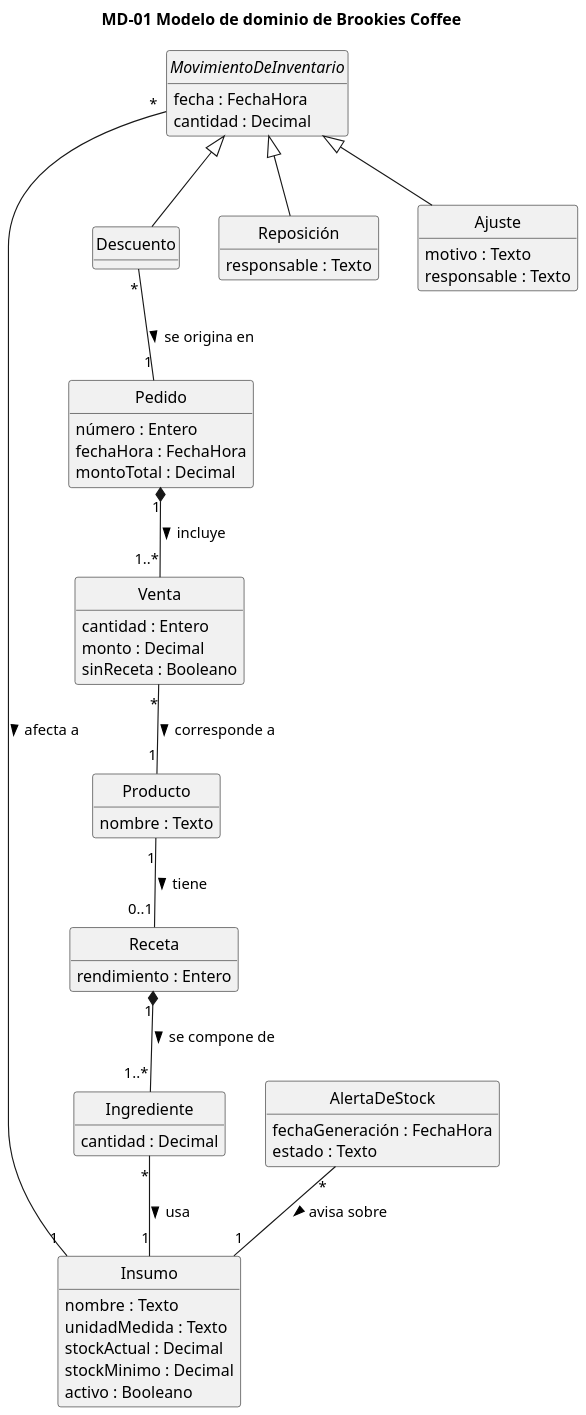
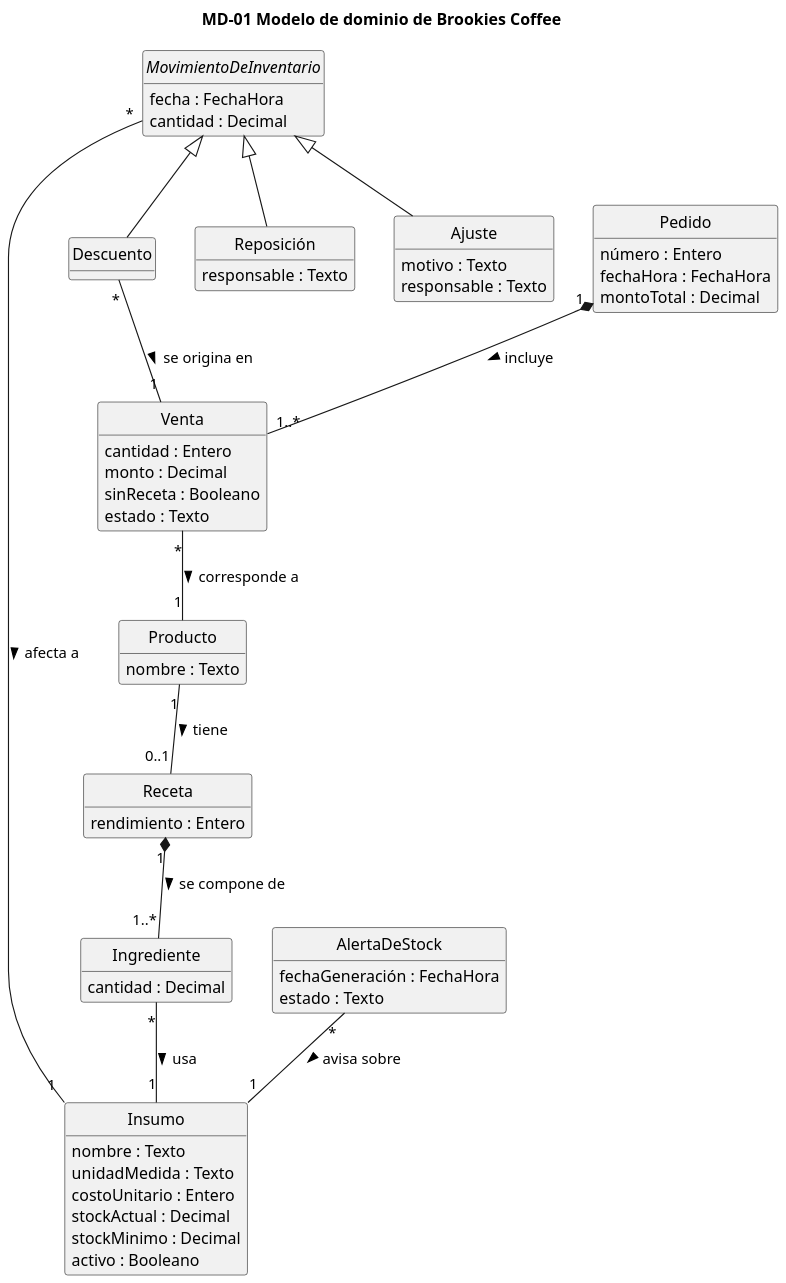
One commit to lambtto/Gestor-Inventario-Brookie changed the diagram in diagramas/modelo-dominio.puml. Above: the diagram before and after it, drawn with PlantUML. The commit also changed other lines of this file, not shown here.

Commit message:
Update Insumo and Venta classes in UML diagram

```diff
--- a/diagramas/modelo-dominio.puml
+++ b/diagramas/modelo-dominio.puml
@@ -1,63 +1,64 @@
 @startuml modelo-dominio
 title MD-01 Modelo de dominio de Brookies Coffee
 skinparam dpi 140
 skinparam classAttributeIconSize 0
 hide circle
 hide methods
 
 class Producto {
   nombre : Texto
 }
 class Receta {
   rendimiento : Entero
 }
 class Ingrediente {
   cantidad : Decimal
 }
 class Insumo {
   nombre : Texto
   unidadMedida : Texto
-  costoUnitario : Entero (CLP)
+  costoUnitario : Entero
   stockActual : Decimal
   stockMinimo : Decimal
   activo : Booleano
 }
 class Pedido {
   número : Entero
   fechaHora : FechaHora
   montoTotal : Decimal
 }
 class Venta {
   cantidad : Entero
   monto : Decimal
   sinReceta : Booleano
+  estado : Texto
 }
 abstract class MovimientoDeInventario {
   fecha : FechaHora
   cantidad : Decimal
 }
 class Descuento
 class Reposición {
   responsable : Texto
 }
 class Ajuste {
   motivo : Texto
   responsable : Texto
 }
 class AlertaDeStock {
   fechaGeneración : FechaHora
   estado : Texto
 }
 
 Producto "1" -- "0..1" Receta : tiene >
 Receta "1" *-- "1..*" Ingrediente : se compone de >
 Ingrediente "*" -- "1" Insumo : usa >
 Pedido "1" *-- "1..*" Venta : incluye >
 Venta "*" -- "1" Producto : corresponde a >
 MovimientoDeInventario "*" -- "1" Insumo : afecta a >
-Descuento "*" -- "1" Pedido : se origina en >
+Descuento "*" -- "1" Venta : se origina en >
 AlertaDeStock "*" -- "1" Insumo : avisa sobre >
 MovimientoDeInventario <|-- Descuento
 MovimientoDeInventario <|-- Reposición
 MovimientoDeInventario <|-- Ajuste
 @enduml
```
